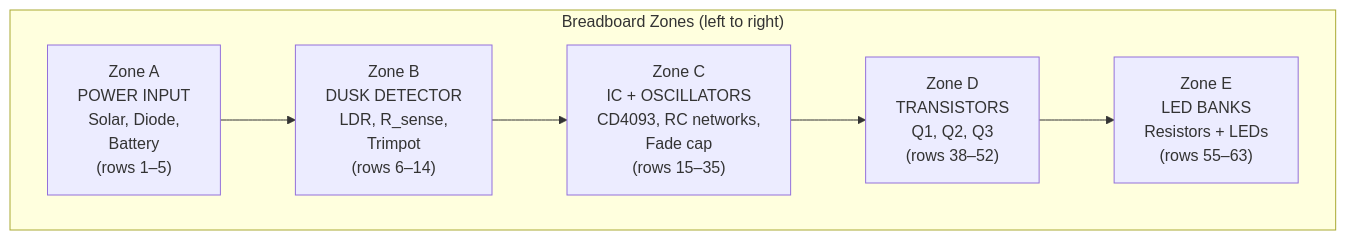
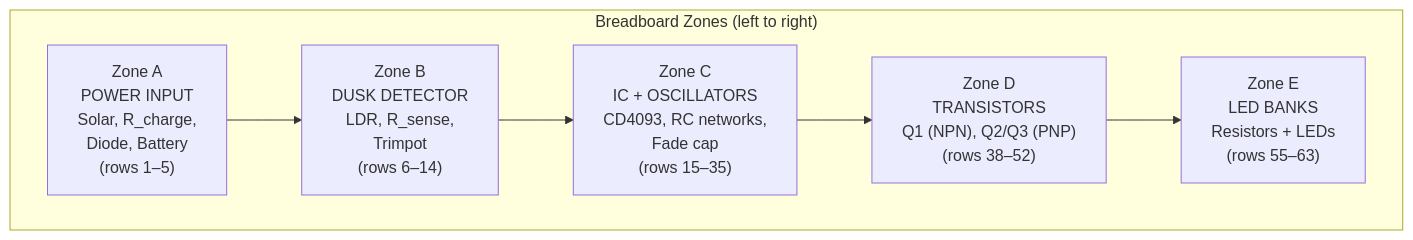
One commit to dirq/DiamondMineShimmerCircuit changed the first of 2 diagrams in Corrected/breadboard-layout.md. Above: the diagram before and after it, drawn with Mermaid. The commit also changed other lines of this file and 22 other files, not shown here.

````diff
--- a/Corrected/breadboard-layout.md
+++ b/Corrected/breadboard-layout.md
@@ -8,12 +8,12 @@
 ```mermaid
 graph TD
     subgraph "Breadboard Zones (left to right)"
         direction LR
-        ZA["Zone A<br/>POWER INPUT<br/>Solar, Diode,<br/>Battery<br/>(rows 1–5)"]
+        ZA["Zone A<br/>POWER INPUT<br/>Solar, R_charge,<br/>Diode, Battery<br/>(rows 1–5)"]
         ZB["Zone B<br/>DUSK DETECTOR<br/>LDR, R_sense,<br/>Trimpot<br/>(rows 6–14)"]
         ZC["Zone C<br/>IC + OSCILLATORS<br/>CD4093, RC networks,<br/>Fade cap<br/>(rows 15–35)"]
-        ZD["Zone D<br/>TRANSISTORS<br/>Q1, Q2, Q3<br/>(rows 38–52)"]
+        ZD["Zone D<br/>TRANSISTORS<br/>Q1 (NPN), Q2/Q3 (PNP)<br/>(rows 38–52)"]
         ZE["Zone E<br/>LED BANKS<br/>Resistors + LEDs<br/>(rows 55–63)"]
         ZA --> ZB --> ZC --> ZD --> ZE
     end
 ```
````
